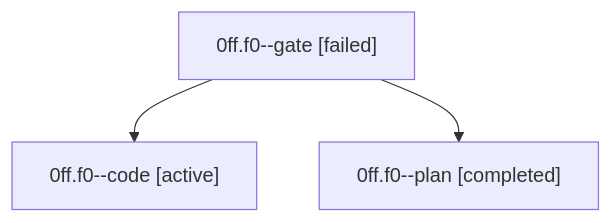
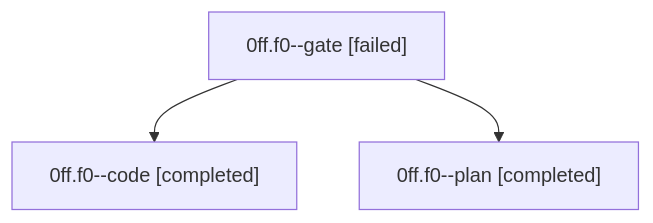
The diagram in families/bbugyi200.athena.0ff.f0.md (bobs-org/bob-cli--agents), drawn with Mermaid before and after one commit. The commit also changed other lines of this file and 38 other files, not shown here.

````diff
--- a/families/bbugyi200.athena.0ff.f0.md
+++ b/families/bbugyi200.athena.0ff.f0.md
@@ -9,8 +9,8 @@
 ```mermaid
 flowchart TD
   n0["0ff.f0--gate [failed]"]
-  n1["0ff.f0--code [active]"]
+  n1["0ff.f0--code [completed]"]
   n0 --> n1
   n2["0ff.f0--plan [completed]"]
   n0 --> n2
 ```
````
